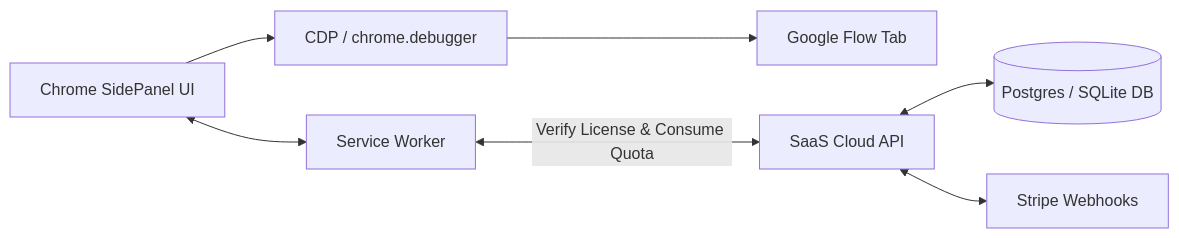
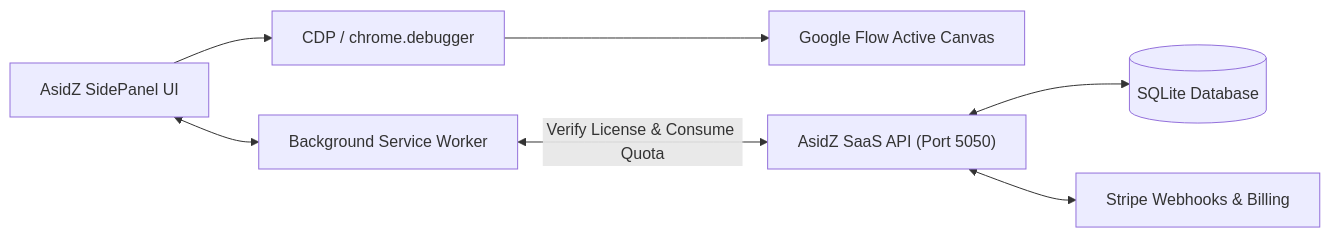
Before and after one commit to komatixsolutions-art/asidz-autoflow: the diagram in AUTOFLOW_MASTER_BLUEPRINT.md, drawn with Mermaid. The commit also changed other lines of this file and 3 other files, not shown here.

Commit message:
docs: establish AsidZ AutoFlow Pro as original flagship product

````diff
--- a/AUTOFLOW_MASTER_BLUEPRINT.md
+++ b/AUTOFLOW_MASTER_BLUEPRINT.md
@@ -143,9 +116,9 @@
 ```mermaid
 flowchart LR
-    A["Chrome SidePanel UI"] --> B["CDP / chrome.debugger"]
-    B --> C["Google Flow Tab"]
-    A <--> D["Service Worker"]
-    D <-->|Verify License & Consume Quota| E["SaaS Cloud API"]
-    E <--> F[("Postgres / SQLite DB")]
-    E <--> G["Stripe Webhooks"]
+    A["AsidZ SidePanel UI"] --> B["CDP / chrome.debugger"]
+    B --> C["Google Flow Active Canvas"]
+    A <--> D["Background Service Worker"]
+    D <-->|Verify License & Consume Quota| E["AsidZ SaaS API (Port 5050)"]
+    E <--> F[("SQLite Database")]
+    E <--> G["Stripe Webhooks & Billing"]
 ```
````
